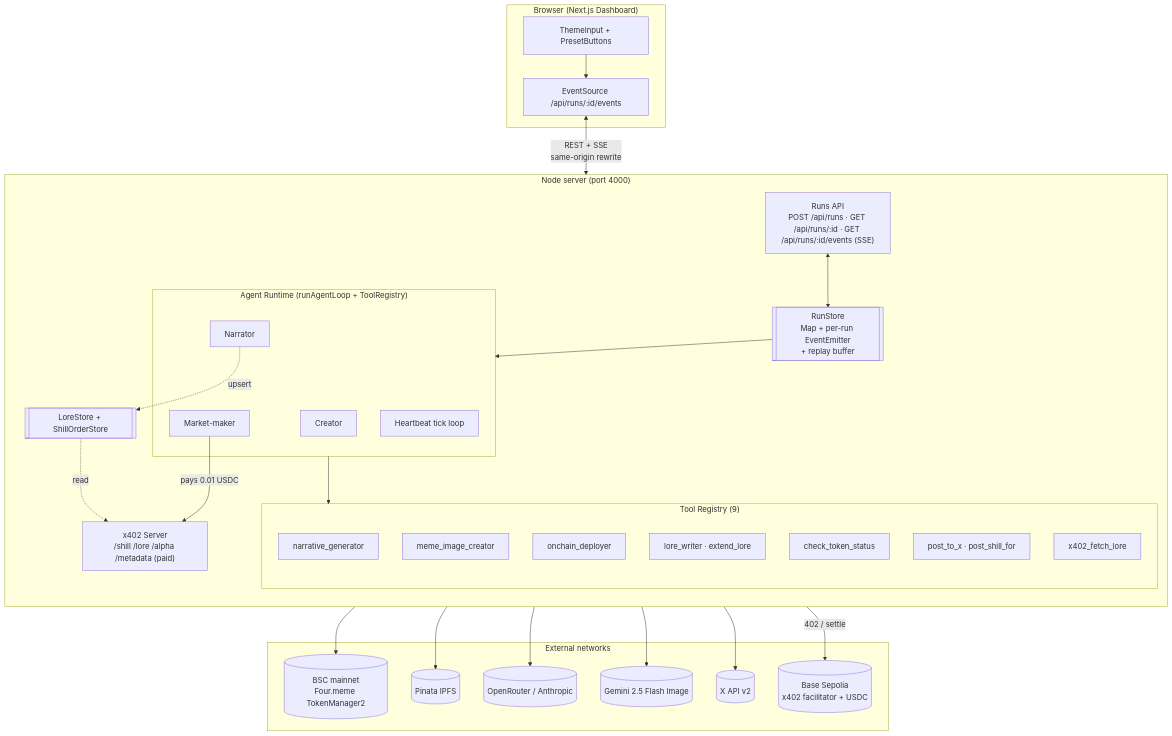
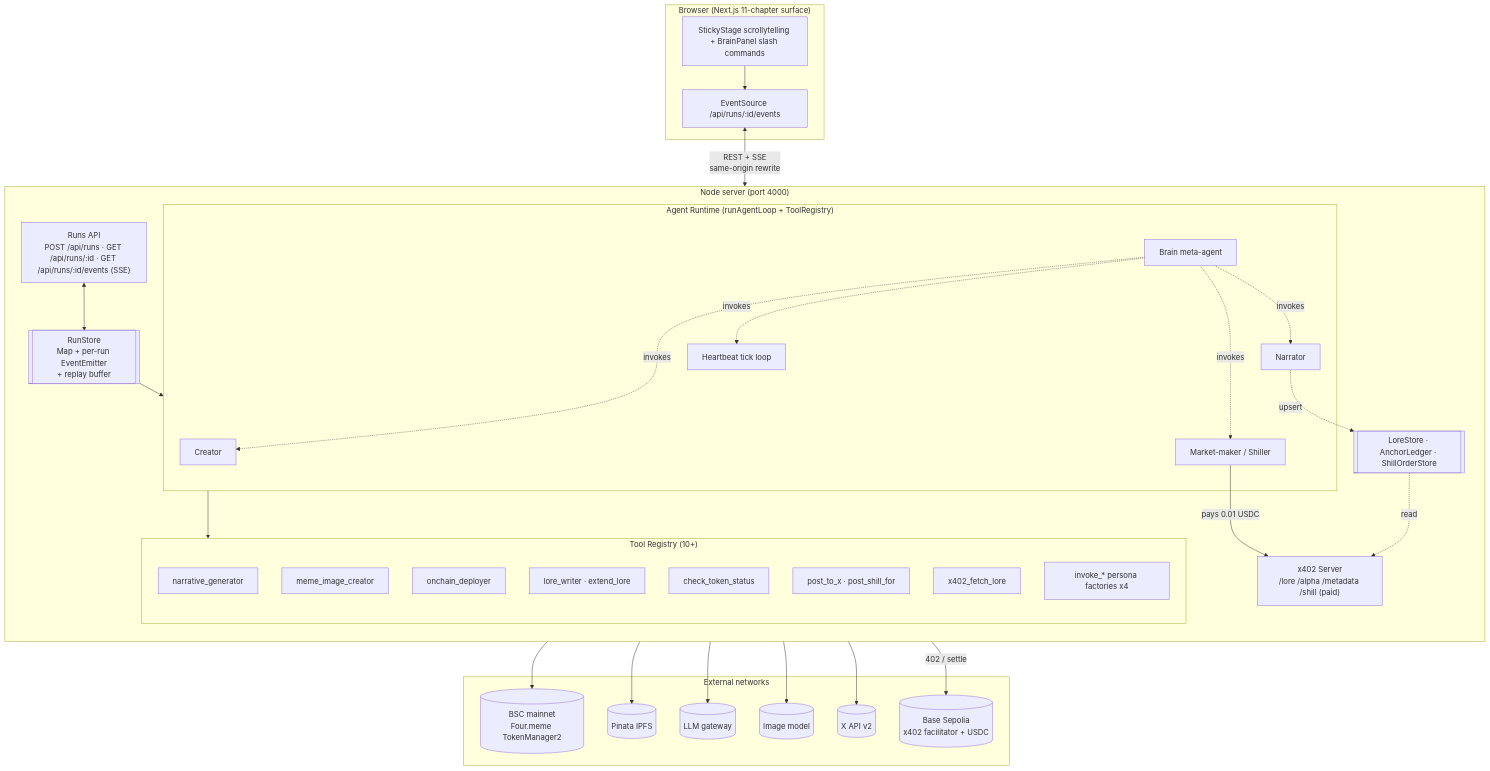
One commit to mymaine/memind changed the diagram in README.md. Above: the diagram before and after it, drawn with Mermaid. The commit also changed other lines of this file and 21 other files, not shown here.

First line of the commit message:
fix(web): align chapter copy with code facts and scrub model/provider leaks

````diff
--- a/README.md
+++ b/README.md
@@ -71,54 +70,60 @@
 ```mermaid
 flowchart TB
-  subgraph Browser["Browser (Next.js Dashboard)"]
-    UI[ThemeInput + PresetButtons]
+  subgraph Browser["Browser (Next.js 11-chapter surface)"]
+    UI[StickyStage scrollytelling + BrainPanel slash commands]
     SSE[EventSource /api/runs/:id/events]
     UI --> SSE
   end
 
   subgraph Server["Node server (port 4000)"]
     direction TB
     RunsAPI["Runs API<br/>POST /api/runs · GET /api/runs/:id · GET /api/runs/:id/events (SSE)"]
     RunStore[[RunStore<br/>Map + per-run EventEmitter<br/>+ replay buffer]]
     subgraph Runtime["Agent Runtime (runAgentLoop + ToolRegistry)"]
       Creator[Creator]
       Narrator[Narrator]
-      Market[Market-maker]
+      Market[Market-maker / Shiller]
       Heart[Heartbeat tick loop]
+      BrainMeta[Brain meta-agent]
     end
-    subgraph Tools["Tool Registry (9)"]
+    subgraph Tools["Tool Registry (10+)"]
       T1[narrative_generator]
       T2[meme_image_creator]
       T3[onchain_deployer]
       T4[lore_writer · extend_lore]
       T5[check_token_status]
       T6[post_to_x · post_shill_for]
       T7[x402_fetch_lore]
+      T8[invoke_* persona factories x4]
     end
-    LoreStore[[LoreStore + ShillOrderStore]]
-    X402Server["x402 Server<br/>/shill /lore /alpha /metadata (paid)"]
+    State[[LoreStore · AnchorLedger · ShillOrderStore]]
+    X402Server["x402 Server<br/>/lore /alpha /metadata /shill (paid)"]
     RunsAPI <--> RunStore
     RunStore --> Runtime
     Runtime --> Tools
-    Narrator -. upsert .-> LoreStore
-    LoreStore -. read .-> X402Server
+    BrainMeta -. invokes .-> Creator
+    BrainMeta -. invokes .-> Narrator
+    BrainMeta -. invokes .-> Market
+    BrainMeta -. invokes .-> Heart
+    Narrator -. upsert .-> State
+    State -. read .-> X402Server
   end
 
   subgraph External["External networks"]
     BSC[(BSC mainnet<br/>Four.meme TokenManager2)]
     Pinata[(Pinata IPFS)]
-    OpenRouter[(OpenRouter / Anthropic)]
-    Gemini[(Gemini 2.5 Flash Image)]
+    LLM[(LLM gateway)]
+    ImageGen[(Image model)]
     XAPI[(X API v2)]
     BaseSep[(Base Sepolia<br/>x402 facilitator + USDC)]
   end
 
   SSE <-->|REST + SSE<br/>same-origin rewrite| RunsAPI
   T3 --> BSC
   T4 --> Pinata
-  T2 --> Gemini
+  T2 --> ImageGen
   T6 --> XAPI
-  Runtime --> OpenRouter
+  Runtime --> LLM
   Market -- pays 0.01 USDC --> X402Server
   X402Server -- 402 / settle --> BaseSep
 ```
````
